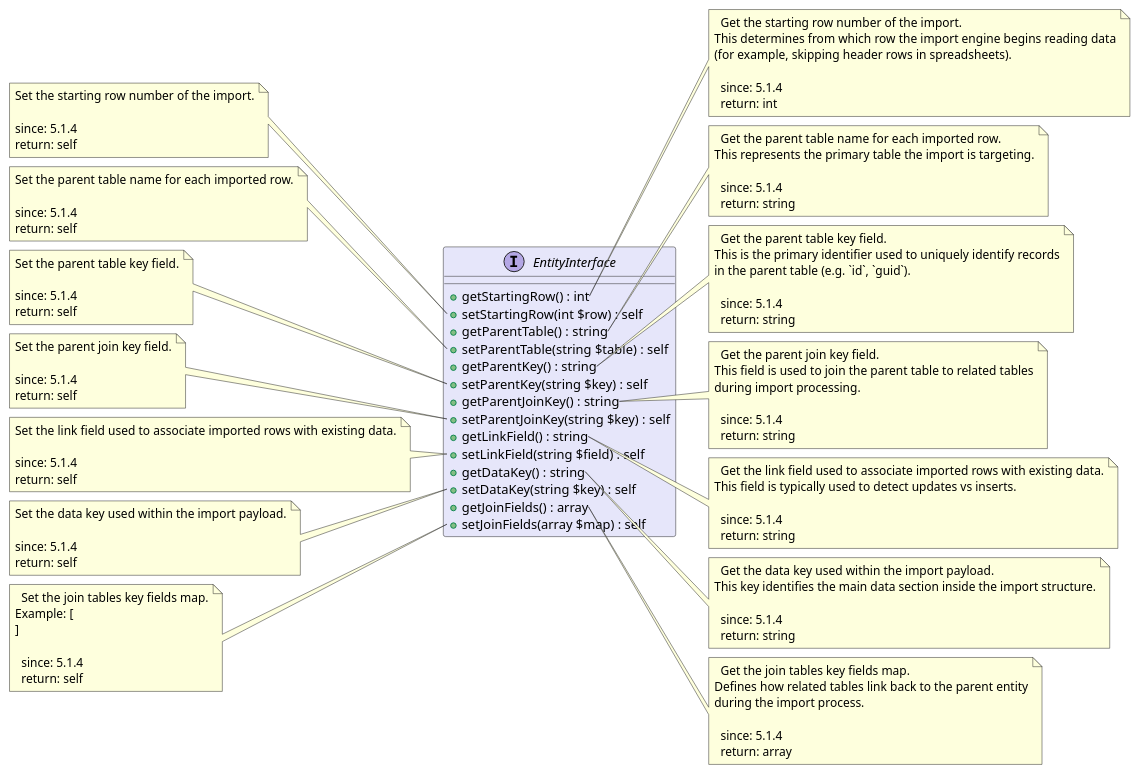
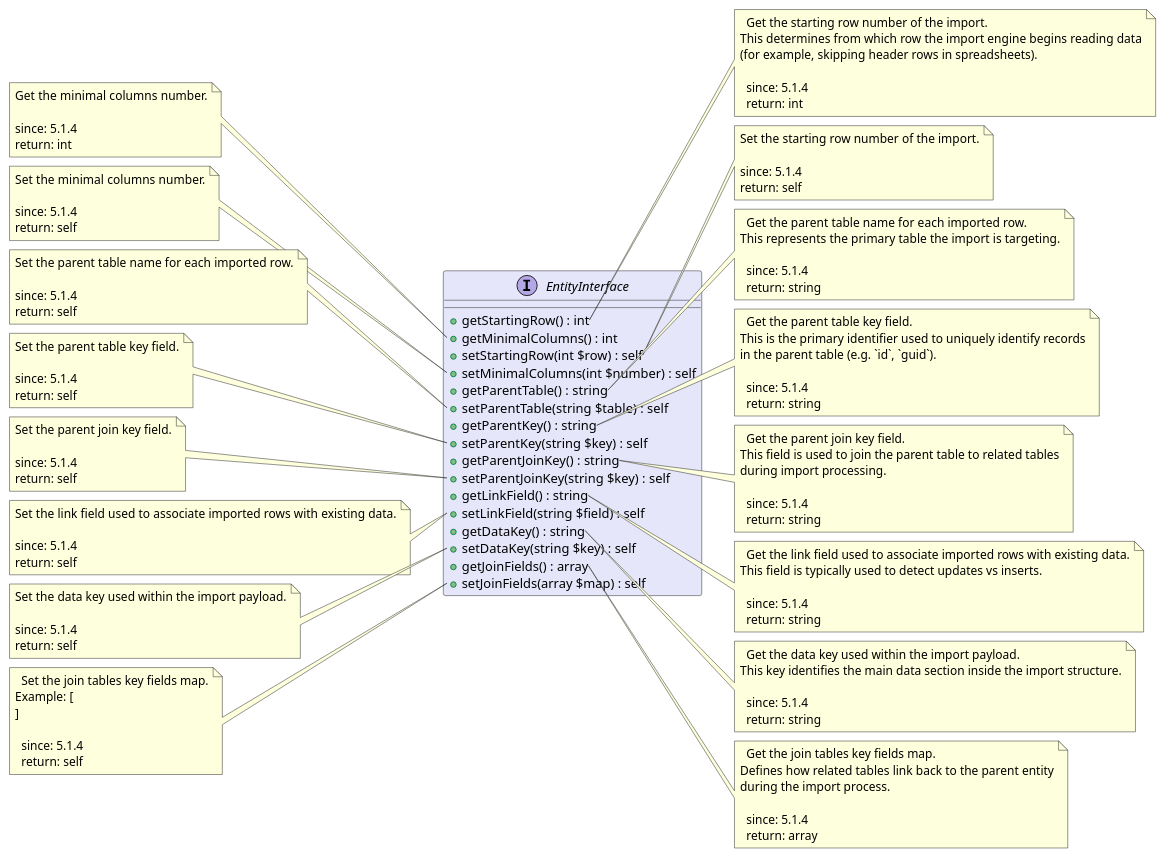
One commit to joomengine/super-powers changed the diagram in src/a522aab8-5edc-497d-bfbd-06fa6ab19f34/README.md. Above: the diagram before and after it, drawn with PlantUML. The commit also changed 24 other files, not shown here.

```diff
--- a/src/a522aab8-5edc-497d-bfbd-06fa6ab19f34/README.md
+++ b/src/a522aab8-5edc-497d-bfbd-06fa6ab19f34/README.md
@@ -7,7 +7,9 @@
 
 interface EntityInterface  #Lavender {
   + getStartingRow() : int
+  + getMinimalColumns() : int
   + setStartingRow(int $row) : self
+  + setMinimalColumns(int $number) : self
   + getParentTable() : string
   + setParentTable(string $table) : self
   + getParentKey() : string
@@ -31,8 +33,22 @@
   return: int
 end note
 
-note left of EntityInterface::setStartingRow
+note left of EntityInterface::getMinimalColumns
+  Get the minimal columns number.
+
+  since: 5.1.4
+  return: int
+end note
+
+note right of EntityInterface::setStartingRow
   Set the starting row number of the import.
+
+  since: 5.1.4
+  return: self
+end note
+
+note left of EntityInterface::setMinimalColumns
+  Set the minimal columns number.
 
   since: 5.1.4
   return: self
```
